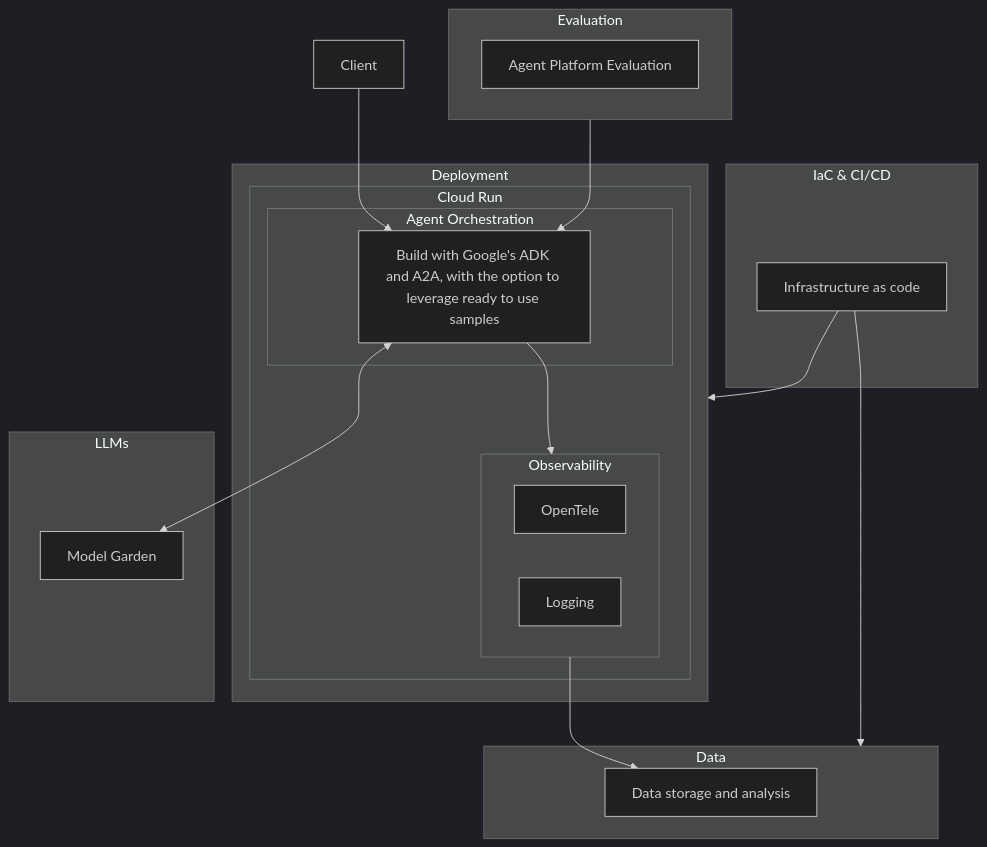
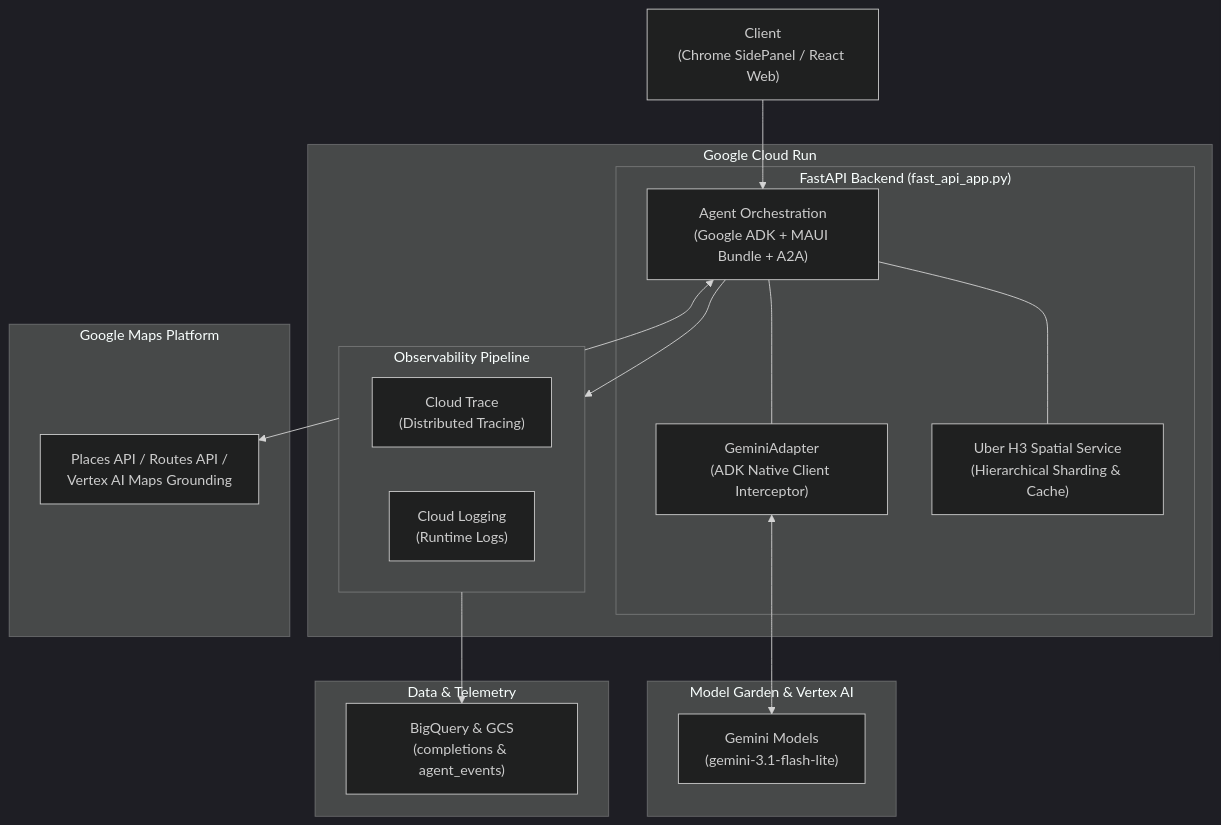
The diagram in README.md (shogoorg/geo-agent), drawn with Mermaid (dark theme) before and after one commit. The commit also changed other lines of this file, not shown here.

Commit message:
docs: refine architecture diagram and client scope in README
- Update Mermaid architecture diagram to reflect Uber H3 spatial service, MAUI agent bundle, and Google Maps Platform integration
- Clarify client description to focus on React Web & Chrome SidePanel under client/web/react/

````diff
--- a/README.md
+++ b/README.md
@@ -406,41 +406,37 @@
 ```mermaid
 flowchart TB
-    Client["Client"]
+    Client["Client\n(Chrome SidePanel / React Web)"]
 
-    subgraph Deployment ["Deployment"]
-        subgraph CloudRun ["Cloud Run"]
-            subgraph AgentOrchestration ["Agent Orchestration"]
-                AO["Build with Google's ADK and A2A, with the option to leverage ready to use samples"]
-            end
-            subgraph Observability ["Observability"]
-                OTEL["OpenTele"]
-                LOG["Logging"]
-            end
+    subgraph Deployment ["Google Cloud Run"]
+        subgraph FastAPIApp ["FastAPI Backend (fast_api_app.py)"]
+            AO["Agent Orchestration\n(Google ADK + MAUI Bundle + A2A)"]
+            GA["GeminiAdapter\n(ADK Native Client Interceptor)"]
+            H3["Uber H3 Spatial Service\n(Hierarchical Sharding & Cache)"]
+            AO --- GA
+            AO --- H3
+        end
+        subgraph Observability ["Observability Pipeline"]
+            OTEL["Cloud Trace\n(Distributed Tracing)"]
+            LOG["Cloud Logging\n(Runtime Logs)"]
         end
     end
 
-    subgraph LLMs ["LLMs"]
-        MG["Model Garden"]
+    subgraph LLMs ["Model Garden & Vertex AI"]
+        MG["Gemini Models\n(gemini-3.1-flash-lite)"]
     end
 
-    subgraph Data ["Data"]
-        DSA["Data storage and analysis"]
+    subgraph Data ["Data & Telemetry"]
+        DSA["BigQuery & GCS\n(completions & agent_events)"]
     end
 
-    subgraph Evaluation ["Evaluation"]
-        APE["Agent Platform Evaluation"]
-    end
-
-    subgraph IaCCICD ["IaC & CI/CD"]
-        IAC["Infrastructure as code"]
+    subgraph MapsPlatform ["Google Maps Platform"]
+        MAPS["Places API / Routes API /\nVertex AI Maps Grounding"]
     end
 
     %% Connections
     Client --> AO
-    AO <--> MG
+    AO <--> MAPS
+    GA <--> MG
     AO --> Observability
     Observability --> DSA
-    Evaluation --> AO
-    IAC --> Deployment
-    IAC --> Data
 ```
````
